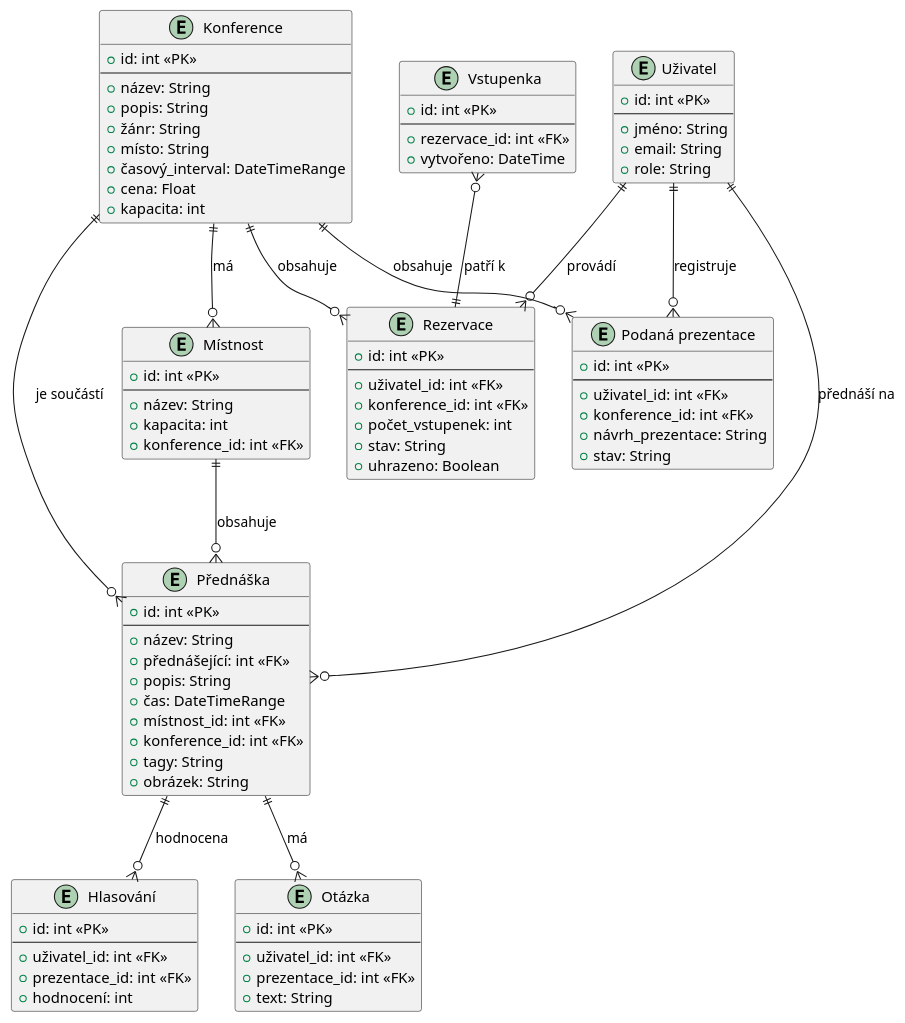
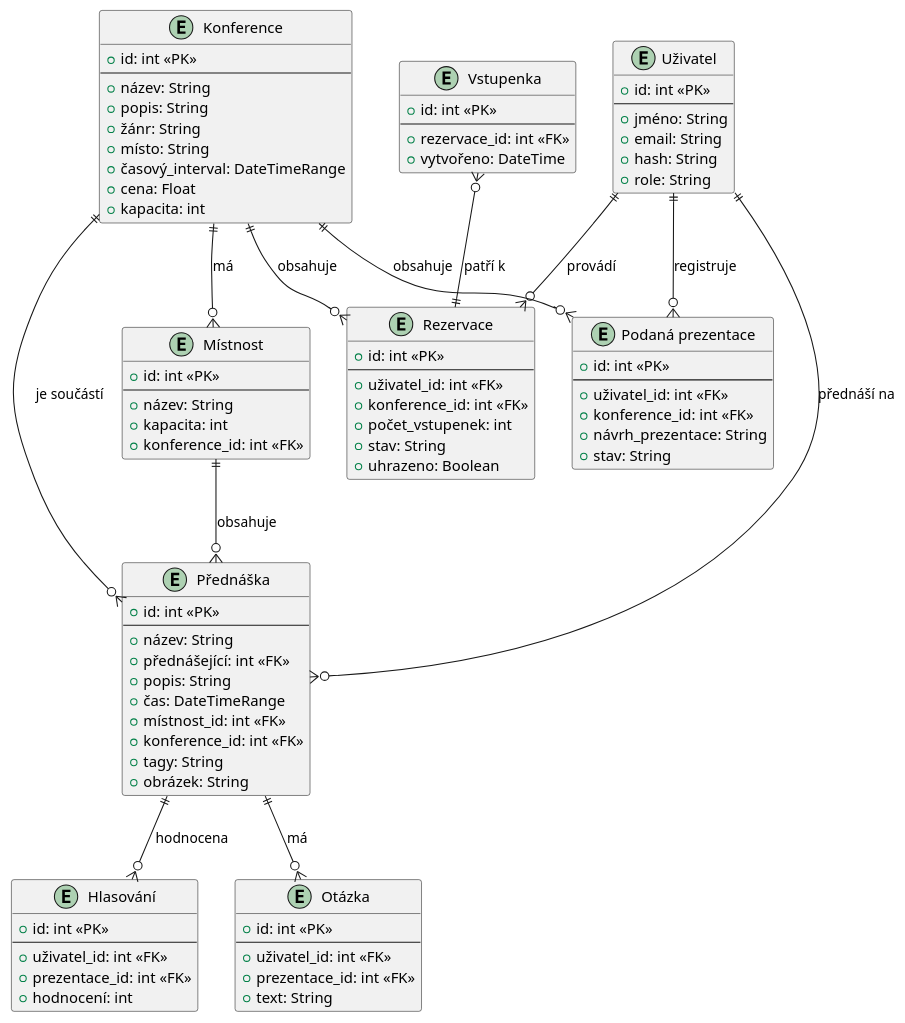
The diagram in docs/er.puml (stahlgit/fit_iis_project), drawn with PlantUML before and after one commit. The commit also changed 1 other file, not shown here.

Commit message:
feat: uc, er update

```diff
--- a/docs/er.puml
+++ b/docs/er.puml
@@ -1,100 +1,101 @@
 @startuml er
 
 entity "Konference" {
   +id: int <<PK>>
   ---
   +název: String
   +popis: String
   +žánr: String
   +místo: String
   +časový_interval: DateTimeRange
   +cena: Float
   +kapacita: int
 }
 
 entity "Místnost" {
   +id: int <<PK>>
   ---
   +název: String
   +kapacita: int
   +konference_id: int <<FK>>
 }
 
 entity "Přednáška" {
   +id: int <<PK>>
   ---
   +název: String
   +přednášející: int <<FK>>
   +popis: String
   +čas: DateTimeRange
   +místnost_id: int <<FK>>
   +konference_id: int <<FK>>
   +tagy: String
   +obrázek: String
 }
 
 entity "Uživatel" {
   +id: int <<PK>>
   ---
   +jméno: String
   +email: String
+  +hash: String
   +role: String
 }
 
 entity "Rezervace" {
   +id: int <<PK>>
   ---
   +uživatel_id: int <<FK>>
   +konference_id: int <<FK>>
   +počet_vstupenek: int
   +stav: String
   +uhrazeno: Boolean
 }
 
 entity "Podaná prezentace" {
   +id: int <<PK>>
   ---
   +uživatel_id: int <<FK>>
   +konference_id: int <<FK>>
   +návrh_prezentace: String
   +stav: String
 }
 
 entity "Vstupenka" {
   +id: int <<PK>>
   ---
   +rezervace_id: int <<FK>>
   +vytvořeno: DateTime
 }
 
 entity "Hlasování" {
   +id: int <<PK>>
   ---
   +uživatel_id: int <<FK>>
   +prezentace_id: int <<FK>>
   +hodnocení: int
 }
 
 entity "Otázka" {
   +id: int <<PK>>
   ---
   +uživatel_id: int <<FK>>
   +prezentace_id: int <<FK>>
   +text: String
 }
 
 ' Kardinality pomocí Crow's Foot notace
 
 Uživatel ||--o{ Rezervace : "provádí"
 Konference ||--o{ Rezervace : "obsahuje"
 Uživatel ||--o{ "Podaná prezentace" : "registruje"
 Konference ||--o{ "Podaná prezentace" : "obsahuje"
 Místnost ||--o{ Přednáška : "obsahuje"
 Konference ||--o{ Místnost : "má"
 Přednáška ||--o{ Hlasování : "hodnocena"
 Přednáška ||--o{ Otázka : "má"
 Konference ||--o{ Přednáška : "je součástí"
 Uživatel ||--o{ Přednáška : "přednáší na"
 Vstupenka }o--|| Rezervace : "patří k"
 
 @enduml
```
